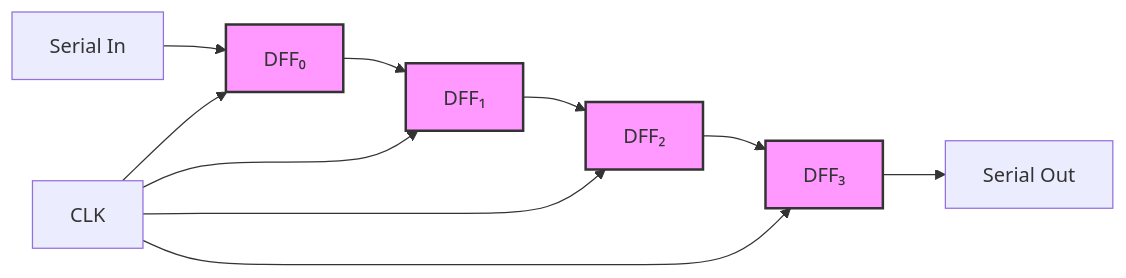
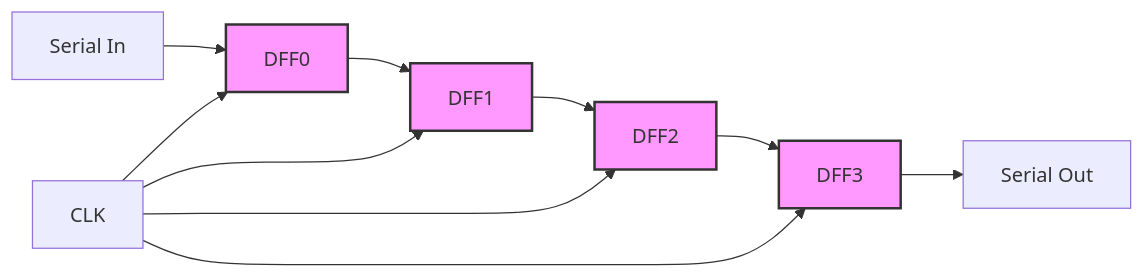
One commit to Raushan666java/ai-engineering-journey changed the sixth of 9 diagrams in docs/courses/digital-logic/06-sequential-circuits.md. Above: the diagram before and after it, drawn with Mermaid. The commit also changed other lines of this file and 790 other files, not shown here.

Commit message:
Sync all course diagram renders and content updates

````diff
--- a/docs/courses/digital-logic/06-sequential-circuits.md
+++ b/docs/courses/digital-logic/06-sequential-circuits.md
@@ -348,16 +348,16 @@
 ```mermaid
 graph LR
-    SI[Serial In] --> FF0[DFF₀]
-    FF0 --> FF1[DFF₁]
-    FF1 --> FF2[DFF₂]
-    FF2 --> FF3[DFF₃]
+    SI[Serial In] --> FF0[DFF0]
+    FF0 --> FF1[DFF1]
+    FF1 --> FF2[DFF2]
+    FF2 --> FF3[DFF3]
     FF3 --> SO[Serial Out]
     CLK --> FF0
     CLK --> FF1
     CLK --> FF2
     CLK --> FF3
     style FF0 fill:#f9f,stroke:#333,stroke-width:2px
     style FF1 fill:#f9f,stroke:#333,stroke-width:2px
     style FF2 fill:#f9f,stroke:#333,stroke-width:2px
     style FF3 fill:#f9f,stroke:#333,stroke-width:2px
 ```
````
